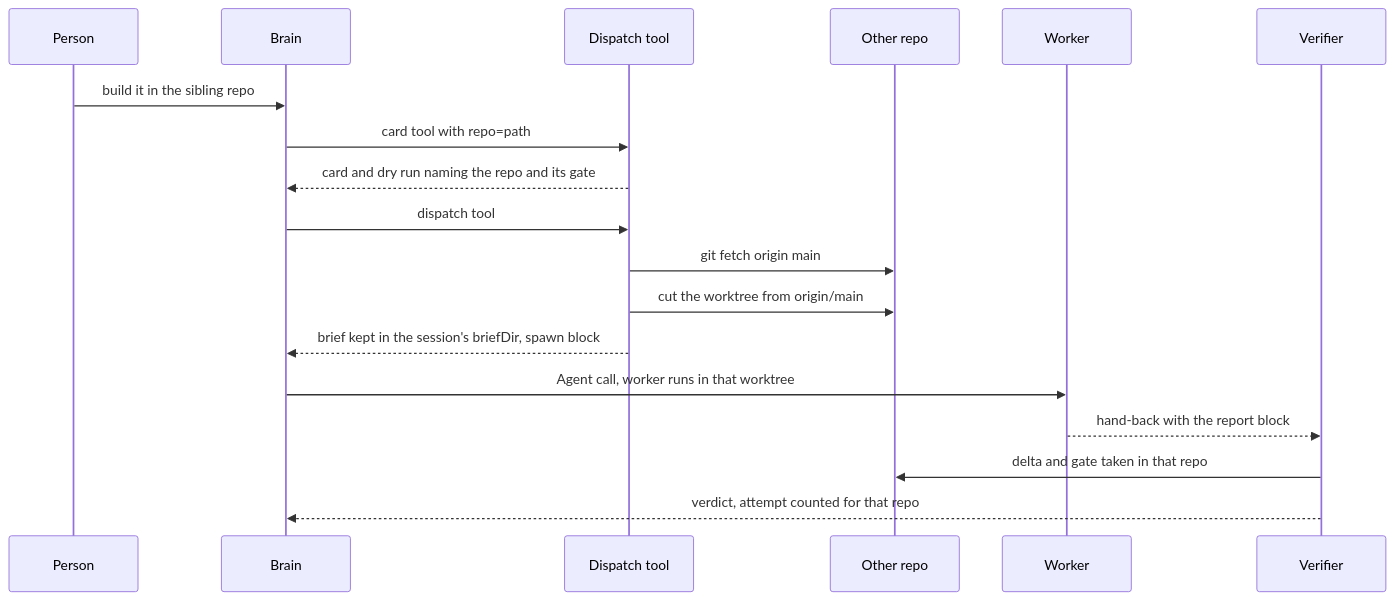
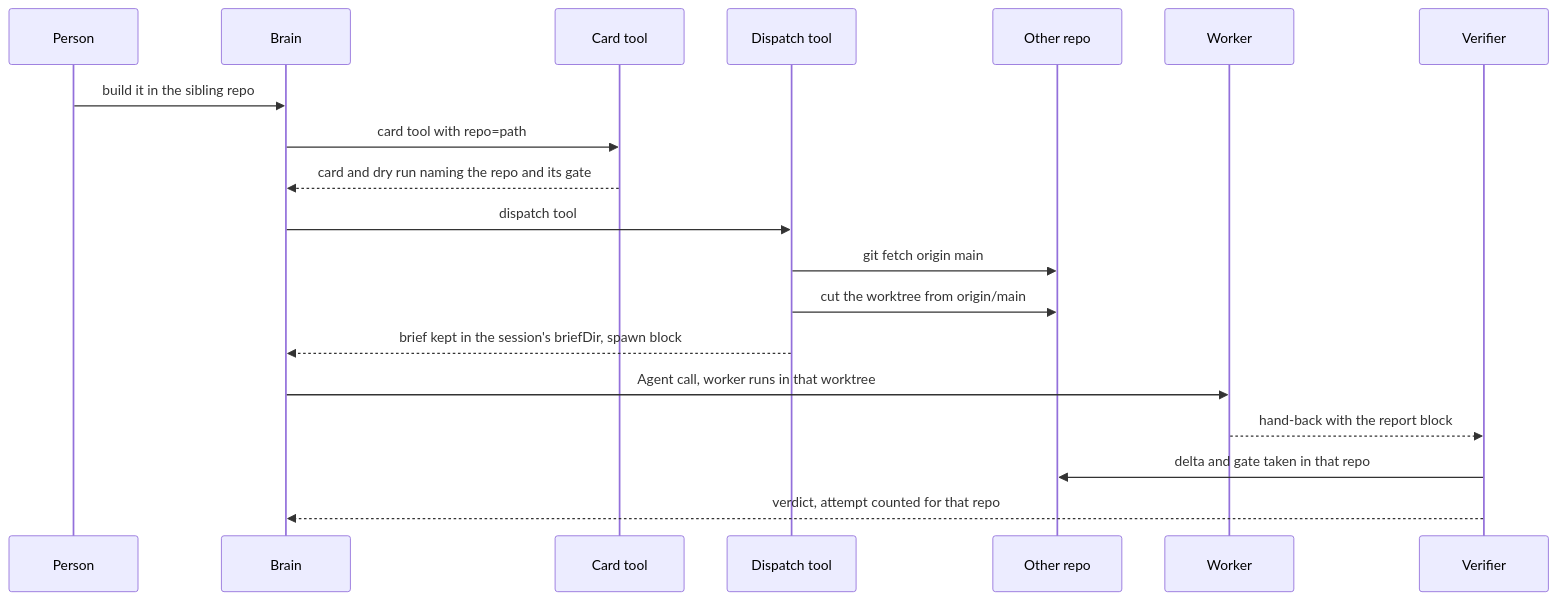
The fourth of 4 diagrams in docs/how-it-works.md (nelsben/chassis-delegation), drawn with Mermaid before and after one commit. The commit also changed other lines of this file and 2 other files, not shown here.

````diff
--- a/docs/how-it-works.md
+++ b/docs/how-it-works.md
@@ -133,20 +133,21 @@
 ```mermaid
 sequenceDiagram
     participant P as Person
     participant B as Brain
+    participant C as Card tool
     participant D as Dispatch tool
     participant R as Other repo
     participant W as Worker
     participant V as Verifier
     P->>B: build it in the sibling repo
-    B->>D: card tool with repo=path
-    D-->>B: card and dry run naming the repo and its gate
+    B->>C: card tool with repo=path
+    C-->>B: card and dry run naming the repo and its gate
     B->>D: dispatch tool
     D->>R: git fetch origin main
     D->>R: cut the worktree from origin/main
     D-->>B: brief kept in the session's briefDir, spawn block
     B->>W: Agent call, worker runs in that worktree
     W-->>V: hand-back with the report block
     V->>R: delta and gate taken in that repo
     V-->>B: verdict, attempt counted for that repo
 ```
````
